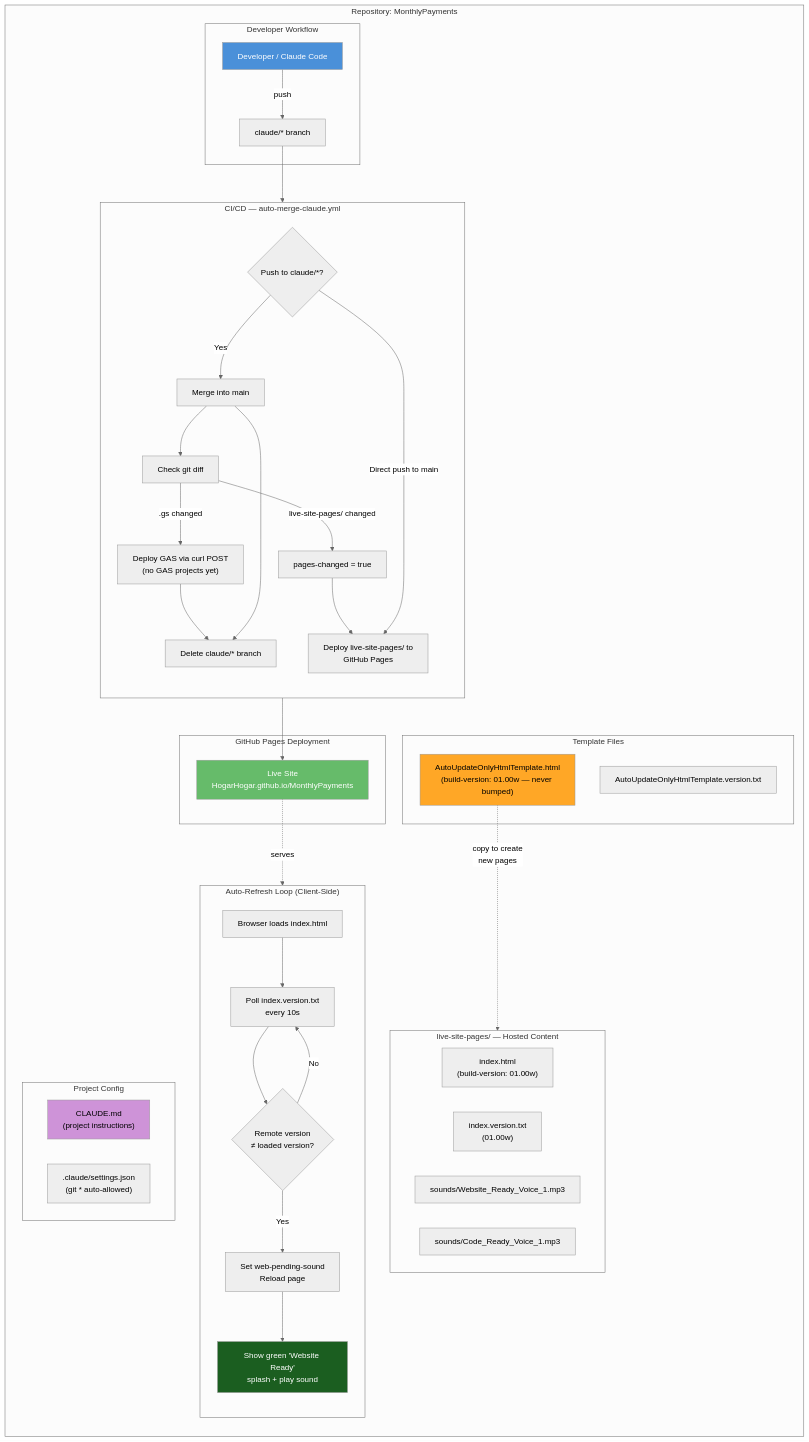
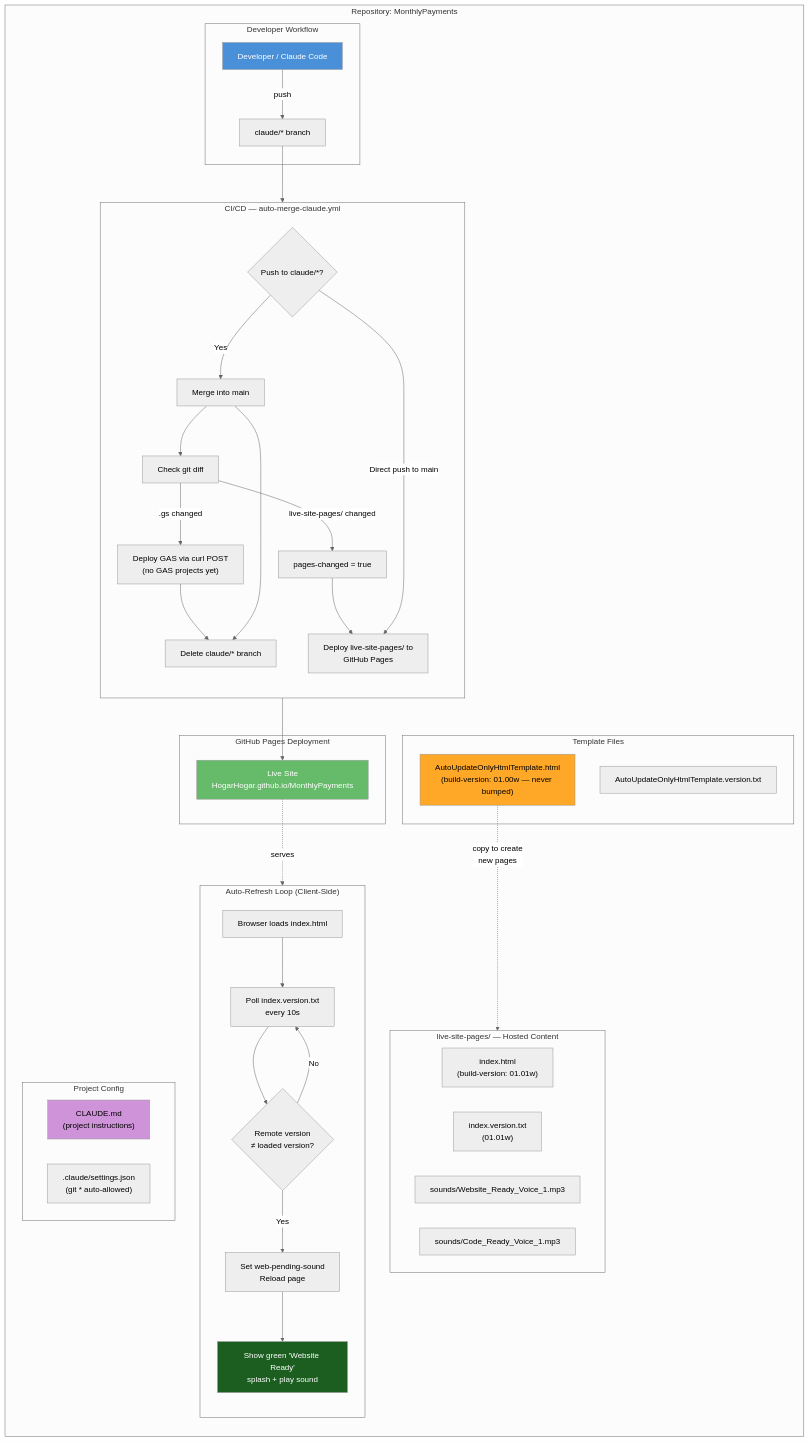
One commit to HogarHogar/MonthlyPayments changed the diagram in repository-information/ARCHITECTURE.md. Above: the diagram before and after it, drawn with Mermaid (neutral theme). The commit also changed 5 other files, not shown here.

````diff
--- a/repository-information/ARCHITECTURE.md
+++ b/repository-information/ARCHITECTURE.md
@@ -3,73 +3,73 @@
 ```mermaid
 graph TB
     subgraph "Repository: MonthlyPayments"
         direction TB
 
         subgraph "Developer Workflow"
             DEV["Developer / Claude Code"]
             CB["claude/* branch"]
             DEV -->|"push"| CB
         end
 
         subgraph "CI/CD — auto-merge-claude.yml"
             direction TB
             TRIGGER{"Push to claude/*?"}
             CB --> TRIGGER
             TRIGGER -->|Yes| MERGE["Merge into main"]
             MERGE --> DIFF["Check git diff"]
             DIFF -->|"live-site-pages/ changed"| PAGES_FLAG["pages-changed = true"]
             DIFF -->|".gs changed"| GAS_DEPLOY["Deploy GAS via curl POST\n(no GAS projects yet)"]
             GAS_DEPLOY --> DELETE_BR
             MERGE --> DELETE_BR["Delete claude/* branch"]
             PAGES_FLAG --> DEPLOY_PAGES
             TRIGGER -->|"Direct push to main"| DEPLOY_PAGES
         end
 
         subgraph "GitHub Pages Deployment"
             DEPLOY_PAGES["Deploy live-site-pages/ to\nGitHub Pages"]
             LIVE["Live Site\nHogarHogar.github.io/MonthlyPayments"]
             DEPLOY_PAGES --> LIVE
         end
 
         subgraph "live-site-pages/ — Hosted Content"
             direction LR
-            INDEX["index.html\n(build-version: 01.00w)"]
-            VERTXT["index.version.txt\n(01.00w)"]
+            INDEX["index.html\n(build-version: 01.01w)"]
+            VERTXT["index.version.txt\n(01.01w)"]
             SND1["sounds/Website_Ready_Voice_1.mp3"]
             SND2["sounds/Code_Ready_Voice_1.mp3"]
         end
 
         subgraph "Auto-Refresh Loop (Client-Side)"
             direction TB
             BROWSER["Browser loads index.html"]
             POLL["Poll index.version.txt\nevery 10s"]
             COMPARE{"Remote version\n≠ loaded version?"}
             RELOAD["Set web-pending-sound\nReload page"]
             SPLASH["Show green 'Website Ready'\nsplash + play sound"]
             BROWSER --> POLL
             POLL --> COMPARE
             COMPARE -->|Yes| RELOAD
             RELOAD --> SPLASH
             COMPARE -->|No| POLL
         end
 
         subgraph "Template Files"
             TPL["AutoUpdateOnlyHtmlTemplate.html\n(build-version: 01.00w — never bumped)"]
             TPL_VER["AutoUpdateOnlyHtmlTemplate.version.txt"]
         end
 
         subgraph "Project Config"
             CLAUDE_MD["CLAUDE.md\n(project instructions)"]
             SETTINGS[".claude/settings.json\n(git * auto-allowed)"]
         end
     end
 
     TPL -.->|"copy to create\nnew pages"| INDEX
     LIVE -.->|"serves"| BROWSER
 
     style DEV fill:#4a90d9,color:#fff
     style LIVE fill:#66bb6a,color:#fff
     style SPLASH fill:#1b5e20,color:#fff
     style TPL fill:#ffa726,color:#000
     style CLAUDE_MD fill:#ce93d8,color:#000
 ```
````
